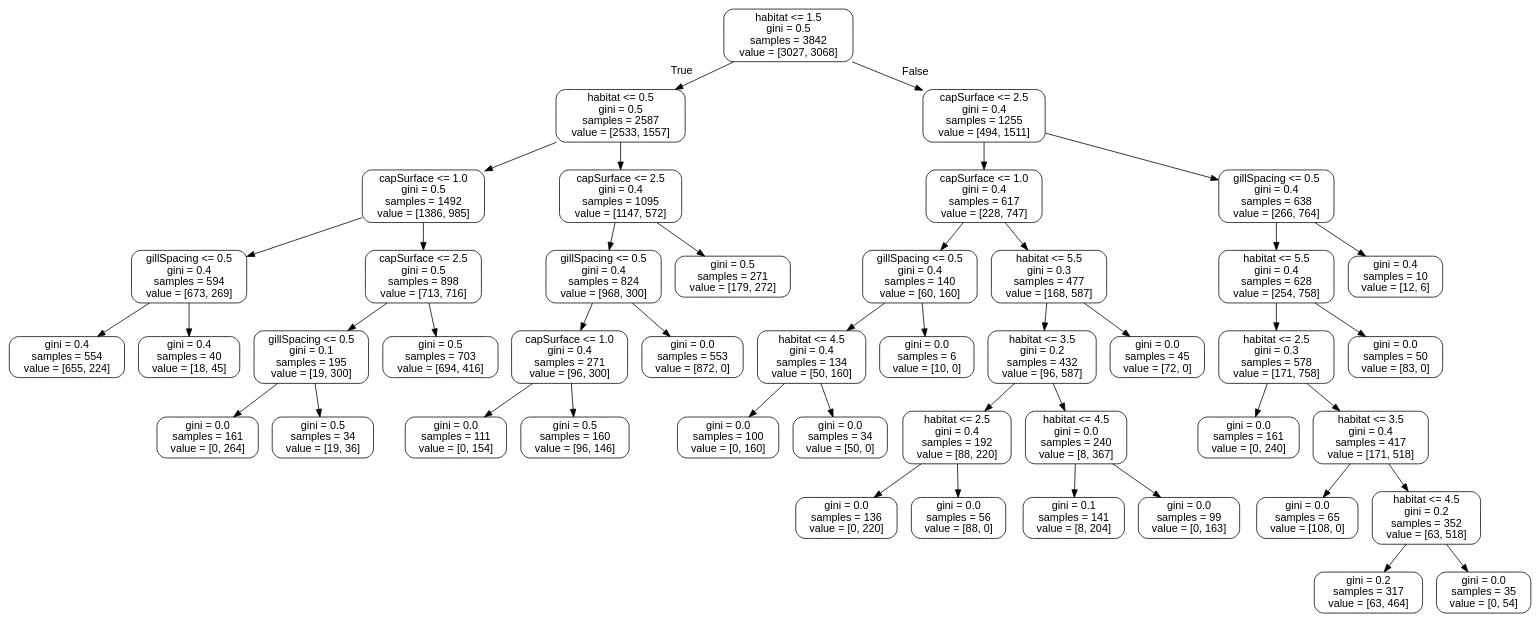
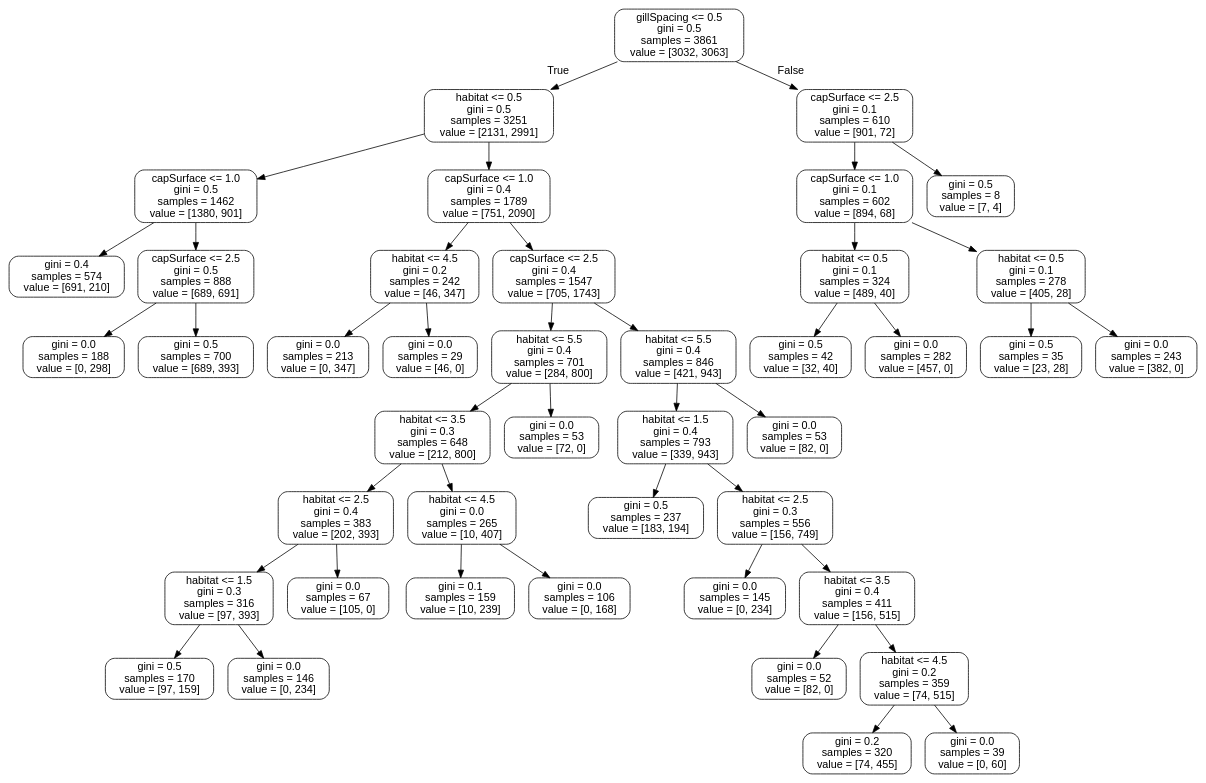
One commit to williamhenderson02/ML-Coursework-2022 changed the diagram in tree.dot. Above: the diagram before and after it, drawn with Graphviz. The commit also changed 3 other files, not shown here.

```diff
--- a/tree.dot
+++ b/tree.dot
@@ -1,93 +1,89 @@
 digraph Tree {
 node [shape=box, style="rounded", color="black", fontname="helvetica"] ;
 edge [fontname="helvetica"] ;
-0 [label="habitat <= 1.5\ngini = 0.5\nsamples = 3842\nvalue = [3027, 3068]"] ;
-1 [label="habitat <= 0.5\ngini = 0.5\nsamples = 2587\nvalue = [2533, 1557]"] ;
+0 [label="gillSpacing <= 0.5\ngini = 0.5\nsamples = 3861\nvalue = [3032, 3063]"] ;
+1 [label="habitat <= 0.5\ngini = 0.5\nsamples = 3251\nvalue = [2131, 2991]"] ;
 0 -> 1 [labeldistance=2.5, labelangle=45, headlabel="True"] ;
-2 [label="capSurface <= 1.0\ngini = 0.5\nsamples = 1492\nvalue = [1386, 985]"] ;
+2 [label="capSurface <= 1.0\ngini = 0.5\nsamples = 1462\nvalue = [1380, 901]"] ;
 1 -> 2 ;
-3 [label="gillSpacing <= 0.5\ngini = 0.4\nsamples = 594\nvalue = [673, 269]"] ;
+3 [label="gini = 0.4\nsamples = 574\nvalue = [691, 210]"] ;
 2 -> 3 ;
-4 [label="gini = 0.4\nsamples = 554\nvalue = [655, 224]"] ;
-3 -> 4 ;
-5 [label="gini = 0.4\nsamples = 40\nvalue = [18, 45]"] ;
-3 -> 5 ;
-6 [label="capSurface <= 2.5\ngini = 0.5\nsamples = 898\nvalue = [713, 716]"] ;
-2 -> 6 ;
-7 [label="gillSpacing <= 0.5\ngini = 0.1\nsamples = 195\nvalue = [19, 300]"] ;
-6 -> 7 ;
-8 [label="gini = 0.0\nsamples = 161\nvalue = [0, 264]"] ;
+4 [label="capSurface <= 2.5\ngini = 0.5\nsamples = 888\nvalue = [689, 691]"] ;
+2 -> 4 ;
+5 [label="gini = 0.0\nsamples = 188\nvalue = [0, 298]"] ;
+4 -> 5 ;
+6 [label="gini = 0.5\nsamples = 700\nvalue = [689, 393]"] ;
+4 -> 6 ;
+7 [label="capSurface <= 1.0\ngini = 0.4\nsamples = 1789\nvalue = [751, 2090]"] ;
+1 -> 7 ;
+8 [label="habitat <= 4.5\ngini = 0.2\nsamples = 242\nvalue = [46, 347]"] ;
 7 -> 8 ;
-9 [label="gini = 0.5\nsamples = 34\nvalue = [19, 36]"] ;
-7 -> 9 ;
-10 [label="gini = 0.5\nsamples = 703\nvalue = [694, 416]"] ;
-6 -> 10 ;
-11 [label="capSurface <= 2.5\ngini = 0.4\nsamples = 1095\nvalue = [1147, 572]"] ;
-1 -> 11 ;
-12 [label="gillSpacing <= 0.5\ngini = 0.4\nsamples = 824\nvalue = [968, 300]"] ;
+9 [label="gini = 0.0\nsamples = 213\nvalue = [0, 347]"] ;
+8 -> 9 ;
+10 [label="gini = 0.0\nsamples = 29\nvalue = [46, 0]"] ;
+8 -> 10 ;
+11 [label="capSurface <= 2.5\ngini = 0.4\nsamples = 1547\nvalue = [705, 1743]"] ;
+7 -> 11 ;
+12 [label="habitat <= 5.5\ngini = 0.4\nsamples = 701\nvalue = [284, 800]"] ;
 11 -> 12 ;
-13 [label="capSurface <= 1.0\ngini = 0.4\nsamples = 271\nvalue = [96, 300]"] ;
+13 [label="habitat <= 3.5\ngini = 0.3\nsamples = 648\nvalue = [212, 800]"] ;
 12 -> 13 ;
-14 [label="gini = 0.0\nsamples = 111\nvalue = [0, 154]"] ;
+14 [label="habitat <= 2.5\ngini = 0.4\nsamples = 383\nvalue = [202, 393]"] ;
 13 -> 14 ;
-15 [label="gini = 0.5\nsamples = 160\nvalue = [96, 146]"] ;
-13 -> 15 ;
-16 [label="gini = 0.0\nsamples = 553\nvalue = [872, 0]"] ;
-12 -> 16 ;
-17 [label="gini = 0.5\nsamples = 271\nvalue = [179, 272]"] ;
-11 -> 17 ;
-18 [label="capSurface <= 2.5\ngini = 0.4\nsamples = 1255\nvalue = [494, 1511]"] ;
-0 -> 18 [labeldistance=2.5, labelangle=-45, headlabel="False"] ;
-19 [label="capSurface <= 1.0\ngini = 0.4\nsamples = 617\nvalue = [228, 747]"] ;
-18 -> 19 ;
-20 [label="gillSpacing <= 0.5\ngini = 0.4\nsamples = 140\nvalue = [60, 160]"] ;
+15 [label="habitat <= 1.5\ngini = 0.3\nsamples = 316\nvalue = [97, 393]"] ;
+14 -> 15 ;
+16 [label="gini = 0.5\nsamples = 170\nvalue = [97, 159]"] ;
+15 -> 16 ;
+17 [label="gini = 0.0\nsamples = 146\nvalue = [0, 234]"] ;
+15 -> 17 ;
+18 [label="gini = 0.0\nsamples = 67\nvalue = [105, 0]"] ;
+14 -> 18 ;
+19 [label="habitat <= 4.5\ngini = 0.0\nsamples = 265\nvalue = [10, 407]"] ;
+13 -> 19 ;
+20 [label="gini = 0.1\nsamples = 159\nvalue = [10, 239]"] ;
 19 -> 20 ;
-21 [label="habitat <= 4.5\ngini = 0.4\nsamples = 134\nvalue = [50, 160]"] ;
-20 -> 21 ;
-22 [label="gini = 0.0\nsamples = 100\nvalue = [0, 160]"] ;
-21 -> 22 ;
-23 [label="gini = 0.0\nsamples = 34\nvalue = [50, 0]"] ;
-21 -> 23 ;
-24 [label="gini = 0.0\nsamples = 6\nvalue = [10, 0]"] ;
-20 -> 24 ;
-25 [label="habitat <= 5.5\ngini = 0.3\nsamples = 477\nvalue = [168, 587]"] ;
-19 -> 25 ;
-26 [label="habitat <= 3.5\ngini = 0.2\nsamples = 432\nvalue = [96, 587]"] ;
-25 -> 26 ;
-27 [label="habitat <= 2.5\ngini = 0.4\nsamples = 192\nvalue = [88, 220]"] ;
+21 [label="gini = 0.0\nsamples = 106\nvalue = [0, 168]"] ;
+19 -> 21 ;
+22 [label="gini = 0.0\nsamples = 53\nvalue = [72, 0]"] ;
+12 -> 22 ;
+23 [label="habitat <= 5.5\ngini = 0.4\nsamples = 846\nvalue = [421, 943]"] ;
+11 -> 23 ;
+24 [label="habitat <= 1.5\ngini = 0.4\nsamples = 793\nvalue = [339, 943]"] ;
+23 -> 24 ;
+25 [label="gini = 0.5\nsamples = 237\nvalue = [183, 194]"] ;
+24 -> 25 ;
+26 [label="habitat <= 2.5\ngini = 0.3\nsamples = 556\nvalue = [156, 749]"] ;
+24 -> 26 ;
+27 [label="gini = 0.0\nsamples = 145\nvalue = [0, 234]"] ;
 26 -> 27 ;
-28 [label="gini = 0.0\nsamples = 136\nvalue = [0, 220]"] ;
-27 -> 28 ;
-29 [label="gini = 0.0\nsamples = 56\nvalue = [88, 0]"] ;
-27 -> 29 ;
-30 [label="habitat <= 4.5\ngini = 0.0\nsamples = 240\nvalue = [8, 367]"] ;
-26 -> 30 ;
-31 [label="gini = 0.1\nsamples = 141\nvalue = [8, 204]"] ;
+28 [label="habitat <= 3.5\ngini = 0.4\nsamples = 411\nvalue = [156, 515]"] ;
+26 -> 28 ;
+29 [label="gini = 0.0\nsamples = 52\nvalue = [82, 0]"] ;
+28 -> 29 ;
+30 [label="habitat <= 4.5\ngini = 0.2\nsamples = 359\nvalue = [74, 515]"] ;
+28 -> 30 ;
+31 [label="gini = 0.2\nsamples = 320\nvalue = [74, 455]"] ;
 30 -> 31 ;
-32 [label="gini = 0.0\nsamples = 99\nvalue = [0, 163]"] ;
+32 [label="gini = 0.0\nsamples = 39\nvalue = [0, 60]"] ;
 30 -> 32 ;
-33 [label="gini = 0.0\nsamples = 45\nvalue = [72, 0]"] ;
-25 -> 33 ;
-34 [label="gillSpacing <= 0.5\ngini = 0.4\nsamples = 638\nvalue = [266, 764]"] ;
-18 -> 34 ;
-35 [label="habitat <= 5.5\ngini = 0.4\nsamples = 628\nvalue = [254, 758]"] ;
+33 [label="gini = 0.0\nsamples = 53\nvalue = [82, 0]"] ;
+23 -> 33 ;
+34 [label="capSurface <= 2.5\ngini = 0.1\nsamples = 610\nvalue = [901, 72]"] ;
+0 -> 34 [labeldistance=2.5, labelangle=-45, headlabel="False"] ;
+35 [label="capSurface <= 1.0\ngini = 0.1\nsamples = 602\nvalue = [894, 68]"] ;
 34 -> 35 ;
-36 [label="habitat <= 2.5\ngini = 0.3\nsamples = 578\nvalue = [171, 758]"] ;
+36 [label="habitat <= 0.5\ngini = 0.1\nsamples = 324\nvalue = [489, 40]"] ;
 35 -> 36 ;
-37 [label="gini = 0.0\nsamples = 161\nvalue = [0, 240]"] ;
+37 [label="gini = 0.5\nsamples = 42\nvalue = [32, 40]"] ;
 36 -> 37 ;
-38 [label="habitat <= 3.5\ngini = 0.4\nsamples = 417\nvalue = [171, 518]"] ;
+38 [label="gini = 0.0\nsamples = 282\nvalue = [457, 0]"] ;
 36 -> 38 ;
-39 [label="gini = 0.0\nsamples = 65\nvalue = [108, 0]"] ;
-38 -> 39 ;
-40 [label="habitat <= 4.5\ngini = 0.2\nsamples = 352\nvalue = [63, 518]"] ;
-38 -> 40 ;
-41 [label="gini = 0.2\nsamples = 317\nvalue = [63, 464]"] ;
-40 -> 41 ;
-42 [label="gini = 0.0\nsamples = 35\nvalue = [0, 54]"] ;
-40 -> 42 ;
-43 [label="gini = 0.0\nsamples = 50\nvalue = [83, 0]"] ;
-35 -> 43 ;
-44 [label="gini = 0.4\nsamples = 10\nvalue = [12, 6]"] ;
-34 -> 44 ;
+39 [label="habitat <= 0.5\ngini = 0.1\nsamples = 278\nvalue = [405, 28]"] ;
+35 -> 39 ;
+40 [label="gini = 0.5\nsamples = 35\nvalue = [23, 28]"] ;
+39 -> 40 ;
+41 [label="gini = 0.0\nsamples = 243\nvalue = [382, 0]"] ;
+39 -> 41 ;
+42 [label="gini = 0.5\nsamples = 8\nvalue = [7, 4]"] ;
+34 -> 42 ;
 }
```
